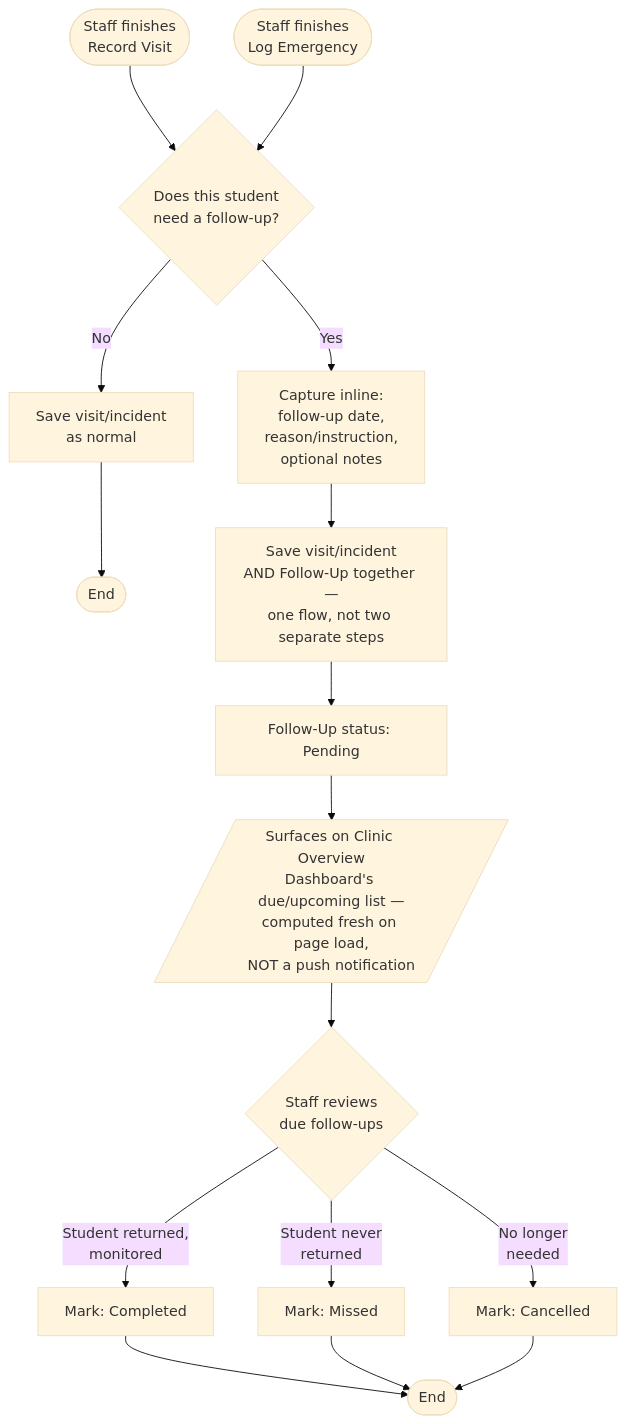
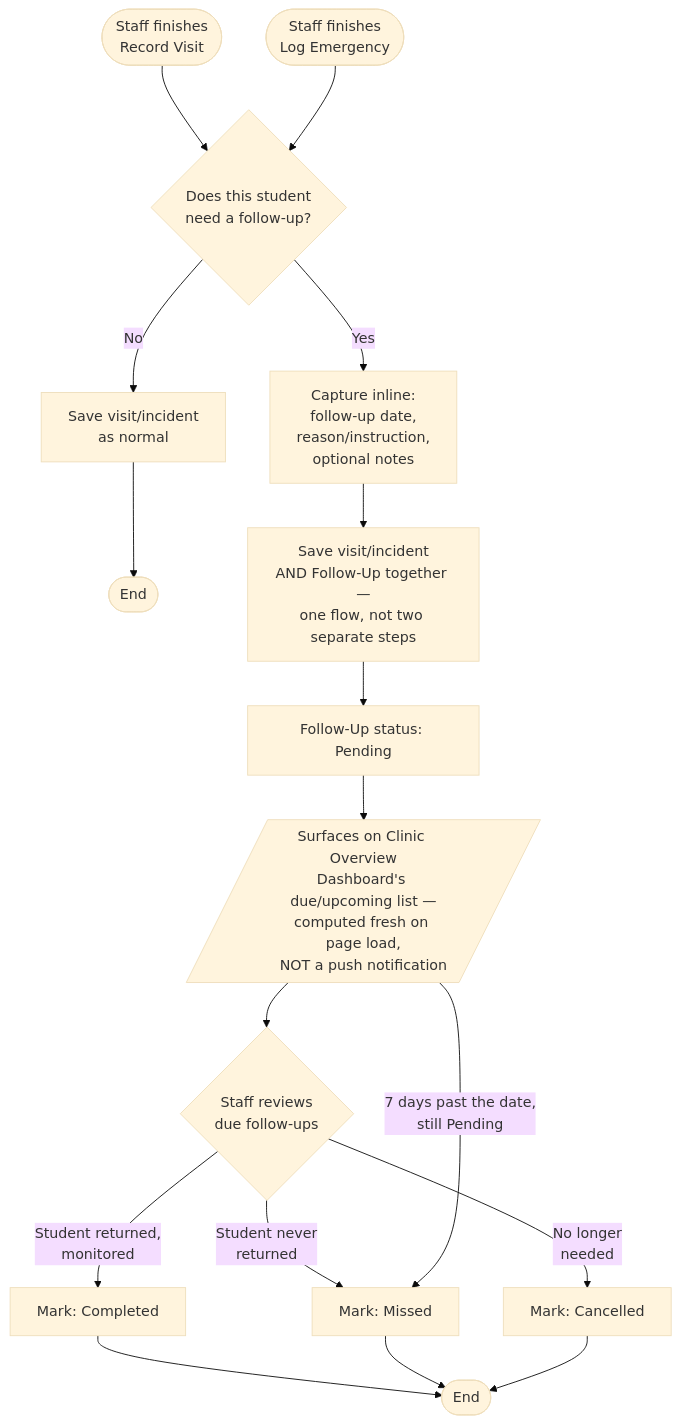
One commit to zekuuu/cliniq changed the second of 2 diagrams in CLINIQ-Knowledge-Base/02-Architecture/Database/Activity-Diagram.md. Above: the diagram before and after it, drawn with Mermaid (base theme). The commit also changed other lines of this file and 7 other files, not shown here.

Commit message:
docs: correct architecture pages and diagrams against the code

````diff
--- a/CLINIQ-Knowledge-Base/02-Architecture/Database/Activity-Diagram.md
+++ b/CLINIQ-Knowledge-Base/02-Architecture/Database/Activity-Diagram.md
@@ -46,23 +46,24 @@
 ```mermaid
 flowchart TD
     VISITEND([Staff finishes<br/>Record Visit]) --> PROMPT
     INCIDENTEND([Staff finishes<br/>Log Emergency]) --> PROMPT
 
     PROMPT{"Does this student<br/>need a follow-up?"}
     PROMPT -->|No| SAVENORMAL[Save visit/incident<br/>as normal] --> DONE1([End])
 
     PROMPT -->|Yes| CAPTURE[Capture inline:<br/>follow-up date,<br/>reason/instruction,<br/>optional notes]
     CAPTURE --> SAVEBOTH[Save visit/incident<br/>AND Follow-Up together —<br/>one flow, not two separate steps]
     SAVEBOTH --> PENDING[Follow-Up status: Pending]
 
     PENDING --> DASHBOARD[/Surfaces on Clinic Overview<br/>Dashboard's due/upcoming list —<br/>computed fresh on page load,<br/>NOT a push notification/]
 
     DASHBOARD --> STAFFCHECK{Staff reviews<br/>due follow-ups}
     STAFFCHECK -->|Student returned,<br/>monitored| COMPLETED[Mark: Completed]
     STAFFCHECK -->|Student never<br/>returned| MISSED[Mark: Missed]
     STAFFCHECK -->|No longer<br/>needed| CANCELLED[Mark: Cancelled]
+    DASHBOARD -->|7 days past the date,<br/>still Pending| MISSED
 
     COMPLETED --> DONE2([End])
     MISSED --> DONE2
     CANCELLED --> DONE2
 ```
````
